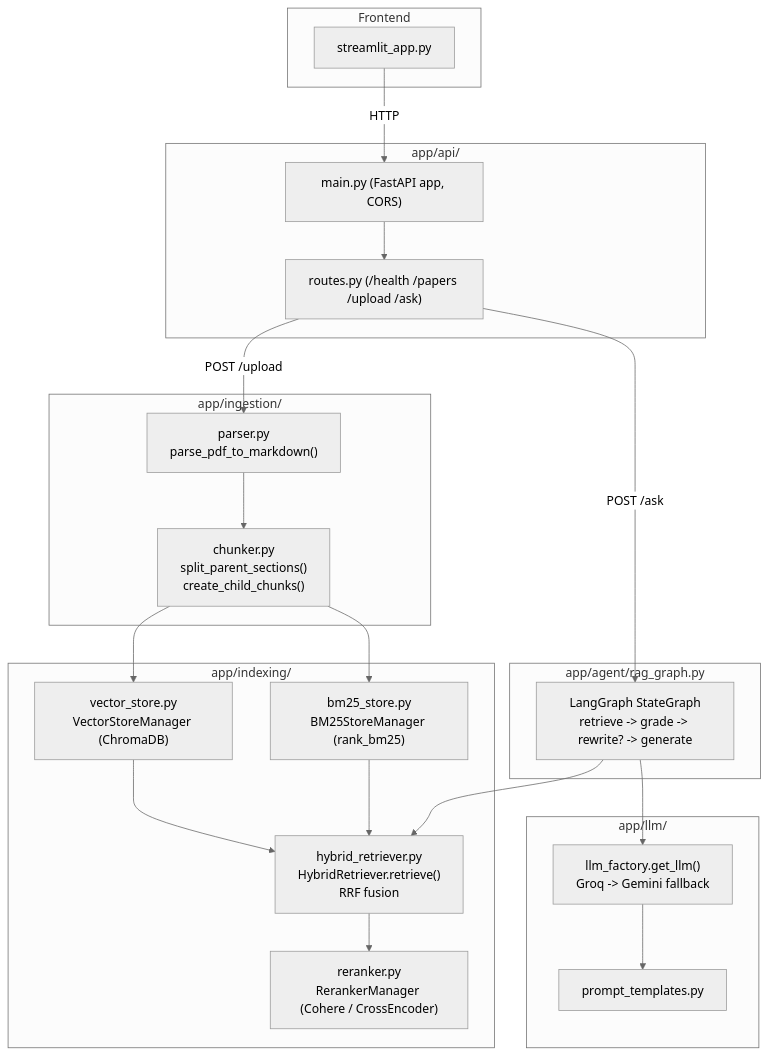
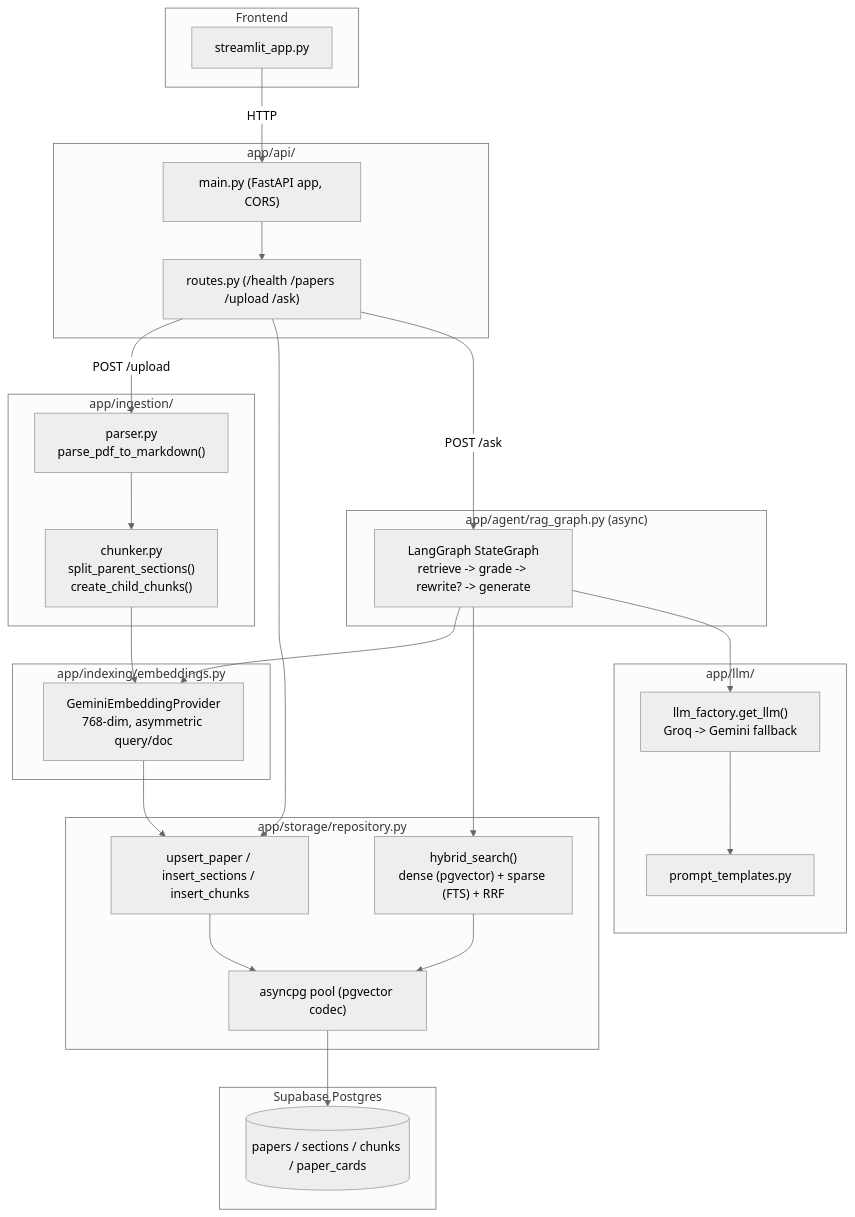
The diagram in docs/Architecture.md (KhoaYakult/arxiv-agentic-rag), drawn with Mermaid (neutral theme) before and after one commit. The commit also changed other lines of this file and 2 other files, not shown here.

````diff
--- a/docs/Architecture.md
+++ b/docs/Architecture.md
@@ -7,44 +9,50 @@
 ```mermaid
 flowchart TD
     subgraph UI["Frontend"]
         ST["streamlit_app.py"]
     end
 
     subgraph API["app/api/"]
         MAIN["main.py (FastAPI app, CORS)"]
         ROUTES["routes.py (/health /papers /upload /ask)"]
     end
 
     subgraph ING["app/ingestion/"]
         PARSER["parser.py\nparse_pdf_to_markdown()"]
         CHUNKER["chunker.py\nsplit_parent_sections()\ncreate_child_chunks()"]
     end
 
-    subgraph IDX["app/indexing/"]
-        VDB["vector_store.py\nVectorStoreManager (ChromaDB)"]
-        BM25["bm25_store.py\nBM25StoreManager (rank_bm25)"]
-        HYBRID["hybrid_retriever.py\nHybridRetriever.retrieve()\nRRF fusion"]
-        RERANK["reranker.py\nRerankerManager (Cohere / CrossEncoder)"]
+    subgraph EMB["app/indexing/embeddings.py"]
+        GEMINI["GeminiEmbeddingProvider\n768-dim, asymmetric query/doc"]
     end
 
-    subgraph AGENT["app/agent/rag_graph.py"]
+    subgraph STORE["app/storage/repository.py"]
+        POOL["asyncpg pool (pgvector codec)"]
+        CRUD["upsert_paper / insert_sections / insert_chunks"]
+        SEARCH["hybrid_search()\ndense (pgvector) + sparse (FTS) + RRF"]
+    end
+
+    subgraph PG["Supabase Postgres"]
+        TABLES[("papers / sections / chunks / paper_cards")]
+    end
+
+    subgraph AGENT["app/agent/rag_graph.py (async)"]
         GRAPH["LangGraph StateGraph\nretrieve -> grade -> rewrite? -> generate"]
     end
 
     subgraph LLM["app/llm/"]
         FACTORY["llm_factory.get_llm()\nGroq -> Gemini fallback"]
         PROMPTS["prompt_templates.py"]
     end
 
     ST -->|HTTP| MAIN --> ROUTES
     ROUTES -->|POST /upload| PARSER --> CHUNKER
-    CHUNKER --> VDB
-    CHUNKER --> BM25
+    CHUNKER --> GEMINI --> CRUD
+    ROUTES --> CRUD
+    CRUD --> POOL --> TABLES
     ROUTES -->|POST /ask| GRAPH
-    GRAPH --> HYBRID
-    VDB --> HYBRID
-    BM25 --> HYBRID
-    HYBRID --> RERANK
-    GRAPH --> FACTORY
-    FACTORY --> PROMPTS
+    GRAPH --> GEMINI
+    GRAPH --> SEARCH
+    SEARCH --> POOL
+    GRAPH --> FACTORY --> PROMPTS
 ```
````
